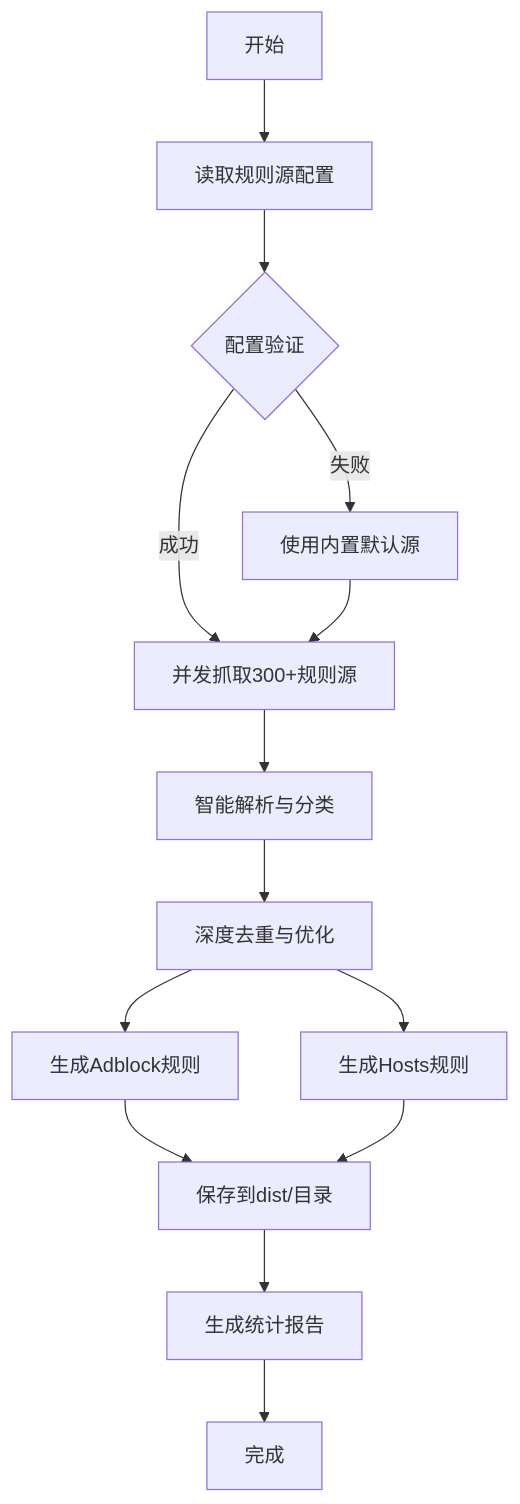
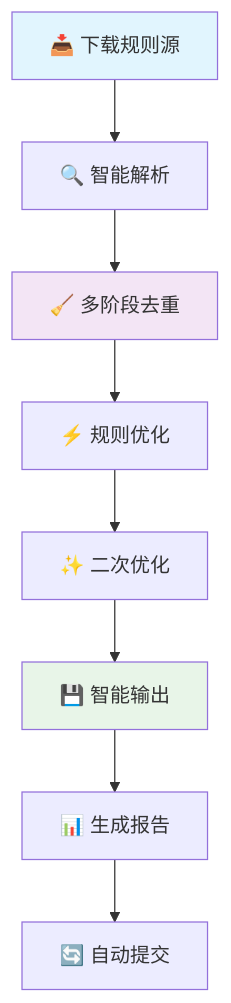
Before and after one commit to wansheng8/ad-rule-automation: the diagram in README.md, drawn with Mermaid. The commit also changed other lines of this file, not shown here.

````diff
--- a/README.md
+++ b/README.md
@@ -69,16 +111,14 @@
 ```mermaid
 graph TD
-    A[开始] --> B[读取规则源配置]
-    B --> C{配置验证}
-    C -->|成功| D[并发抓取300+规则源]
-    C -->|失败| E[使用内置默认源]
-    E --> D
-    D --> F[智能解析与分类]
-    F --> G[深度去重与优化]
-    G --> H[生成Adblock规则]
-    G --> I[生成Hosts规则]
-    H --> J[保存到dist/目录]
-    I --> J
-    J --> K[生成统计报告]
-    K --> L[完成]
+    A[📥 下载规则源] --> B[🔍 智能解析]
+    B --> C[🧹 多阶段去重]
+    C --> D[⚡ 规则优化]
+    D --> E[✨ 二次优化]
+    E --> F[💾 智能输出]
+    F --> G[📊 生成报告]
+    G --> H[🔄 自动提交]
+    
+    style A fill:#e1f5fe
+    style C fill:#f3e5f5
+    style F fill:#e8f5e8
 ```
````
